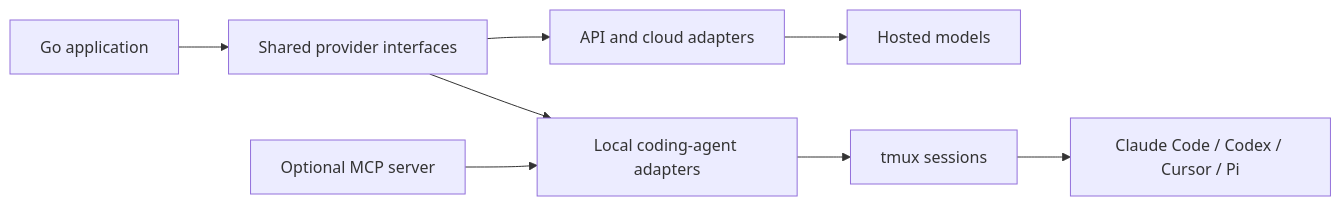
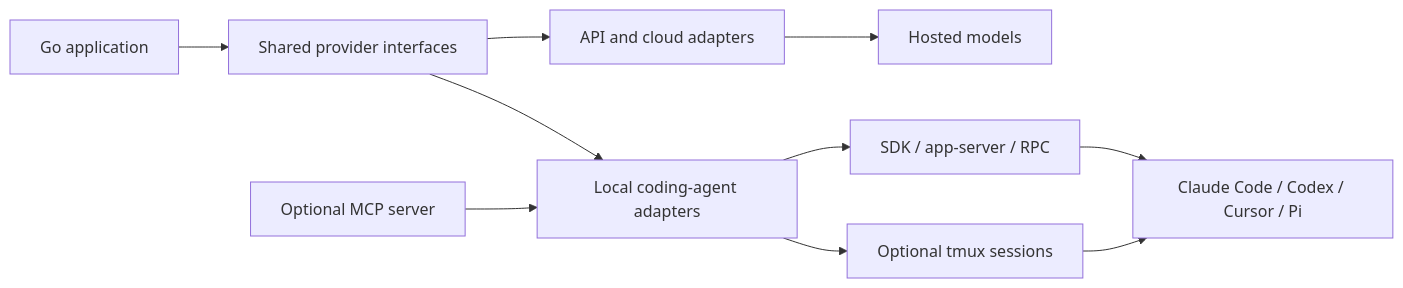
Before and after one commit to manishiitg/llm-provider-mcp: the diagram in README.md, drawn with Mermaid. The commit also changed other lines of this file and 26 other files, not shown here.

````diff
--- a/README.md
+++ b/README.md
@@ -34,10 +34,12 @@
 ```mermaid
 flowchart LR
     App[Go application] --> Provider[Shared provider interfaces]
     Provider --> API[API and cloud adapters]
     Provider --> CLI[Local coding-agent adapters]
     API --> Hosted[Hosted models]
-    CLI --> Tmux[tmux sessions]
-    Tmux --> Agents[Claude Code / Codex / Cursor / Pi]
+    CLI --> Native[SDK / app-server / RPC]
+    CLI --> Tmux[Optional tmux sessions]
+    Native --> Agents[Claude Code / Codex / Cursor / Pi]
+    Tmux --> Agents
     MCP[Optional MCP server] --> CLI
 ```
````
